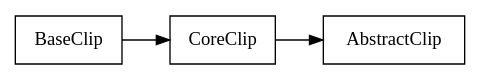
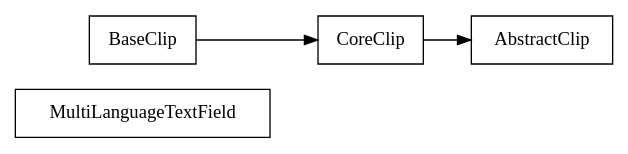
The diagram in docs/com/sekati/display/classes.dot (sekati/sasapi), drawn with Graphviz before and after one commit. The commit also changed 113 other files, not shown here.

```diff
--- a/docs/com/sekati/display/classes.dot
+++ b/docs/com/sekati/display/classes.dot
@@ -1,23 +1,29 @@
 strict digraph class_diagram {
   rankdir=LR;
+  TypeMultiLanguageTextField[
+    label="MultiLanguageTextField",
+    URL="MultiLanguageTextField.html",
+    tooltip="com.sekati.display.MultiLanguageTextField",
+    shape="record"
+  ];
   TypeCoreClip[
     label="CoreClip",
     URL="CoreClip.html",
     tooltip="com.sekati.display.CoreClip",
     shape="record"
   ];
   TypeBaseClip[
     label="BaseClip",
     URL="BaseClip.html",
     tooltip="com.sekati.display.BaseClip",
     shape="record"
   ];
   TypeAbstractClip[
     label="AbstractClip",
     URL="AbstractClip.html",
     tooltip="com.sekati.display.AbstractClip",
     shape="record"
   ];
   TypeBaseClip -> TypeCoreClip;
   TypeCoreClip -> TypeAbstractClip;
 }
```
